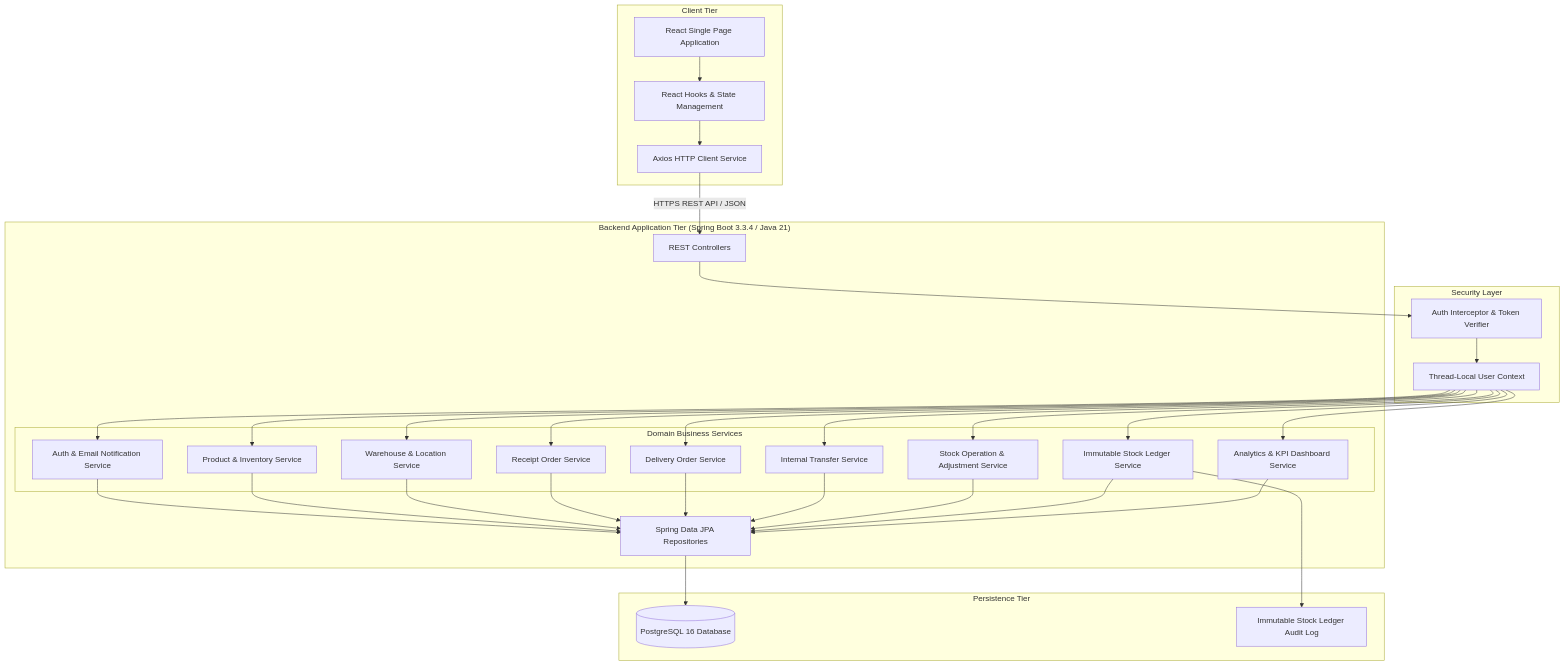
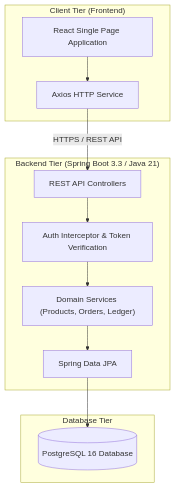
One commit to knoxiboy/StockSense changed the first of 2 diagrams in README.md. Above: the diagram before and after it, drawn with Mermaid. The commit also changed other lines of this file, not shown here.

Commit message:
Simplify Architecture and Use Case diagrams in README.md

````diff
--- a/README.md
+++ b/README.md
@@ -31,62 +31,25 @@
 ```mermaid
 graph TD
-    subgraph Client_Tier["Client Tier"]
-        UI["React Single Page Application"]
-        State["React Hooks & State Management"]
-        AxiosClient["Axios HTTP Client Service"]
+    subgraph Client_Tier["Client Tier (Frontend)"]
+        SPA["React Single Page Application"]
+        Axios["Axios HTTP Service"]
     end
 
-    subgraph Security_Layer["Security Layer"]
-        AuthFilter["Auth Interceptor & Token Verifier"]
-        UserCtx["Thread-Local User Context"]
+    subgraph Backend_Tier["Backend Tier (Spring Boot 3.3 / Java 21)"]
+        REST["REST API Controllers"]
+        Security["Auth Interceptor & Token Verification"]
+        Services["Domain Services (Products, Orders, Ledger)"]
+        JPA["Spring Data JPA"]
     end
 
-    subgraph Backend_Tier["Backend Application Tier (Spring Boot 3.3.4 / Java 21)"]
-        REST["REST Controllers"]
-        
-        subgraph Domain_Services["Domain Business Services"]
-            AuthSvc["Auth & Email Notification Service"]
-            ProductSvc["Product & Inventory Service"]
-            WarehouseSvc["Warehouse & Location Service"]
-            ReceiptSvc["Receipt Order Service"]
-            DeliverySvc["Delivery Order Service"]
-            TransferSvc["Internal Transfer Service"]
-            OperationSvc["Stock Operation & Adjustment Service"]
-            LedgerSvc["Immutable Stock Ledger Service"]
-            DashboardSvc["Analytics & KPI Dashboard Service"]
-        end
-
-        JPA["Spring Data JPA Repositories"]
+    subgraph Database_Tier["Database Tier"]
+        DB[("PostgreSQL 16 Database")]
     end
 
-    subgraph Persistence_Tier["Persistence Tier"]
-        DB[("PostgreSQL 16 Database")]
-        LedgerTable["Immutable Stock Ledger Audit Log"]
-    end
-
-    UI --> State
-    State --> AxiosClient
-    AxiosClient -->|"HTTPS REST API / JSON"| REST
-    REST --> AuthFilter
-    AuthFilter --> UserCtx
-    UserCtx --> AuthSvc
-    UserCtx --> ProductSvc
-    UserCtx --> WarehouseSvc
-    UserCtx --> ReceiptSvc
-    UserCtx --> DeliverySvc
-    UserCtx --> TransferSvc
-    UserCtx --> OperationSvc
-    UserCtx --> LedgerSvc
-    UserCtx --> DashboardSvc
-    AuthSvc --> JPA
-    ProductSvc --> JPA
-    WarehouseSvc --> JPA
-    ReceiptSvc --> JPA
-    DeliverySvc --> JPA
-    TransferSvc --> JPA
-    OperationSvc --> JPA
-    LedgerSvc --> JPA
-    DashboardSvc --> JPA
+    SPA --> Axios
+    Axios -->|"HTTPS / REST API"| REST
+    REST --> Security
+    Security --> Services
+    Services --> JPA
     JPA --> DB
-    LedgerSvc --> LedgerTable
 ```
````
